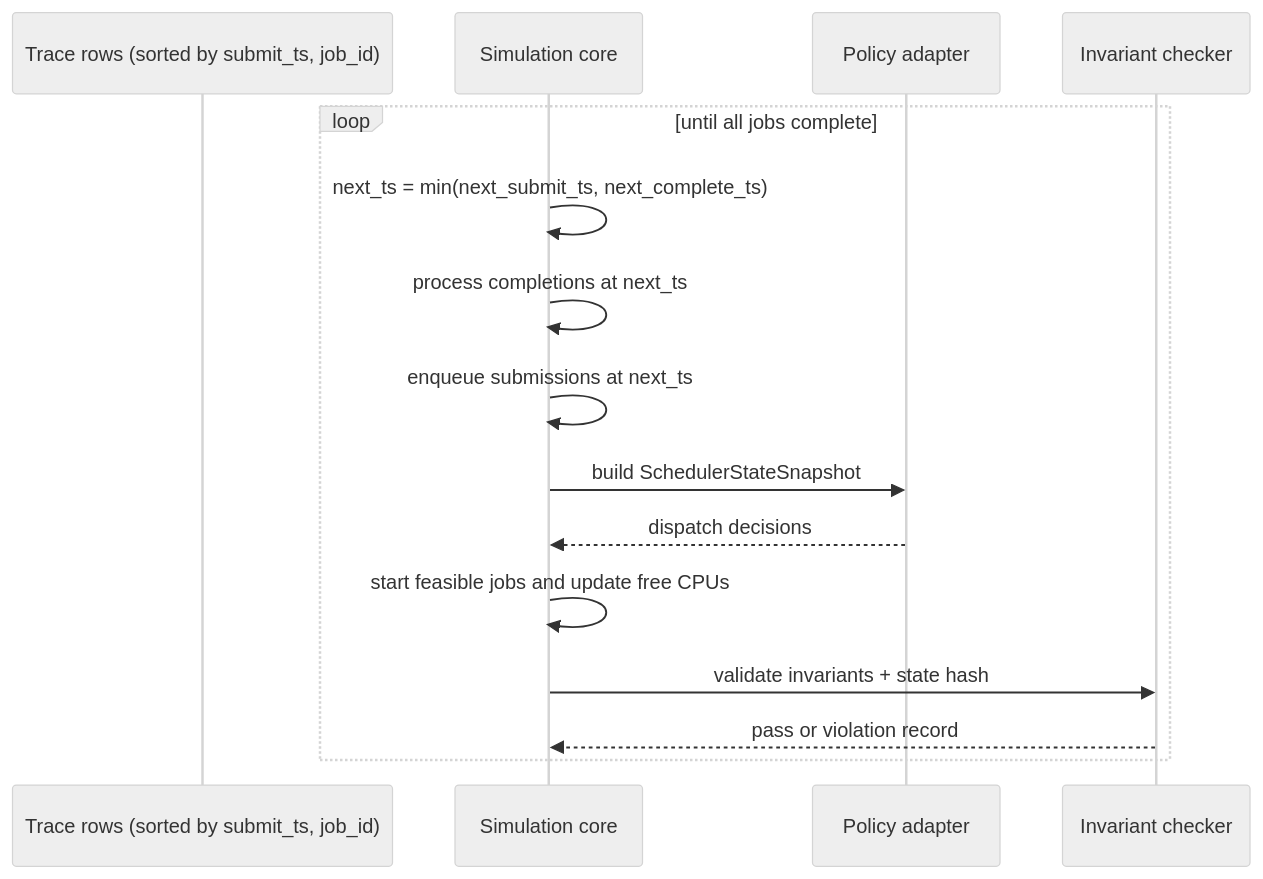
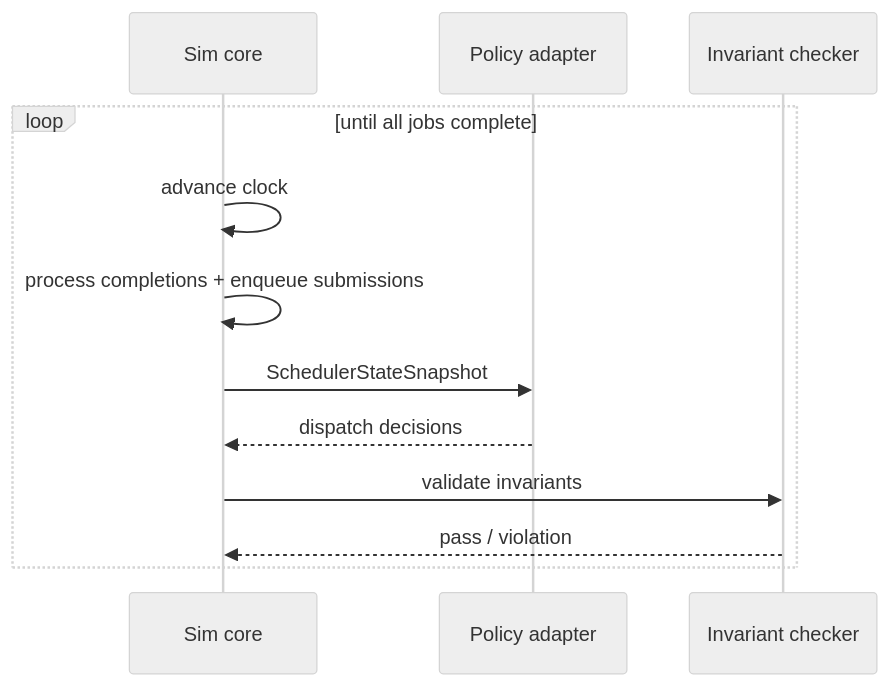
One commit to ErenAri/HCP-workload-optimizer changed the third of 8 diagrams in README.md. Above: the diagram before and after it, drawn with Mermaid (neutral theme). The commit also changed other lines of this file and 7 other files, not shown here.

````diff
--- a/README.md
+++ b/README.md
@@ -224,18 +200,15 @@
 ```mermaid
 sequenceDiagram
-  participant T as Trace rows (sorted by submit_ts, job_id)
-  participant S as Simulation core
+  participant S as Sim core
   participant A as Policy adapter
   participant I as Invariant checker
 
   loop until all jobs complete
-    S->>S: next_ts = min(next_submit_ts, next_complete_ts)
-    S->>S: process completions at next_ts
-    S->>S: enqueue submissions at next_ts
-    S->>A: build SchedulerStateSnapshot
+    S->>S: advance clock
+    S->>S: process completions + enqueue submissions
+    S->>A: SchedulerStateSnapshot
     A-->>S: dispatch decisions
-    S->>S: start feasible jobs and update free CPUs
-    S->>I: validate invariants + state hash
-    I-->>S: pass or violation record
+    S->>I: validate invariants
+    I-->>S: pass / violation
   end
 ```
````
